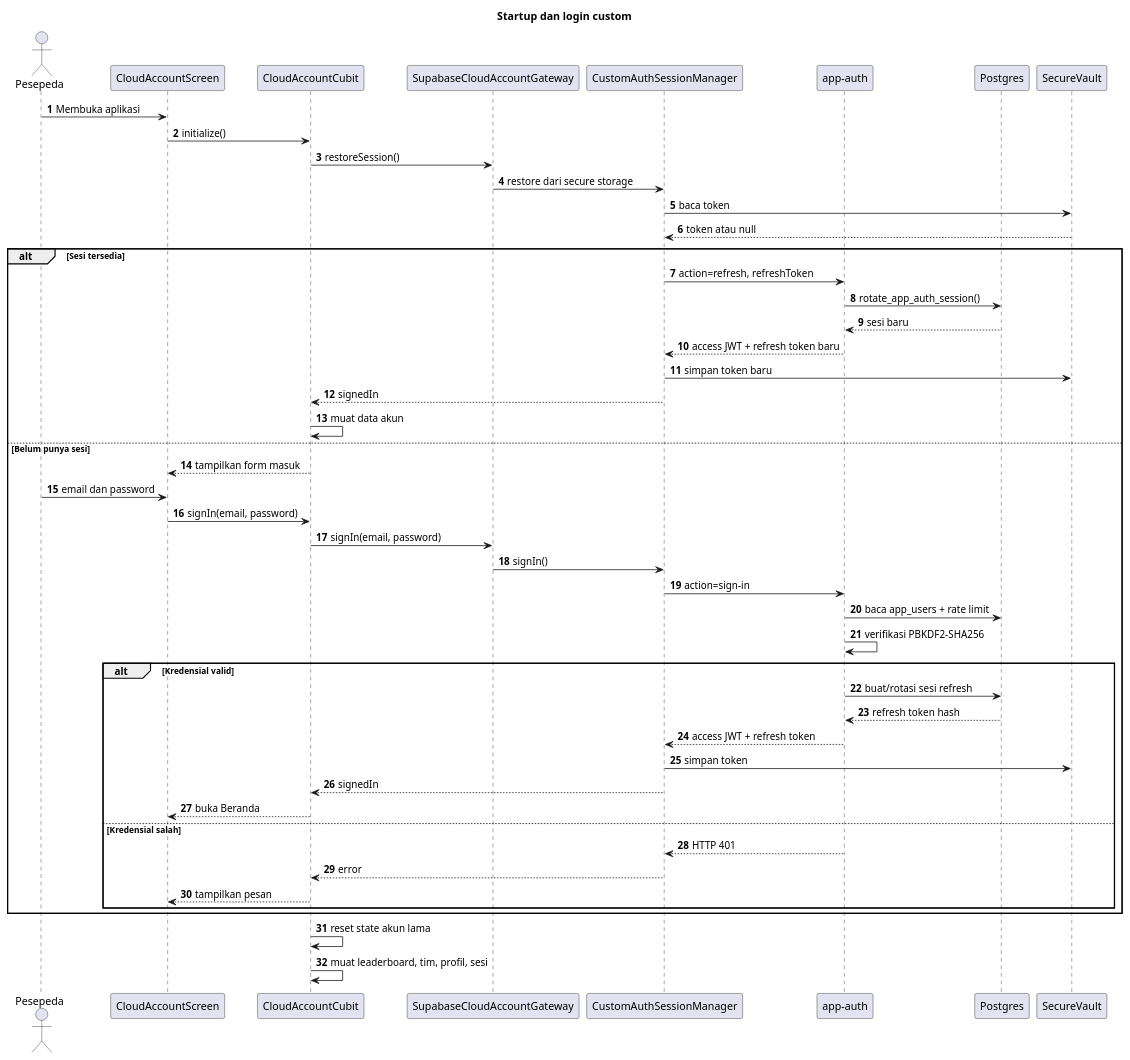
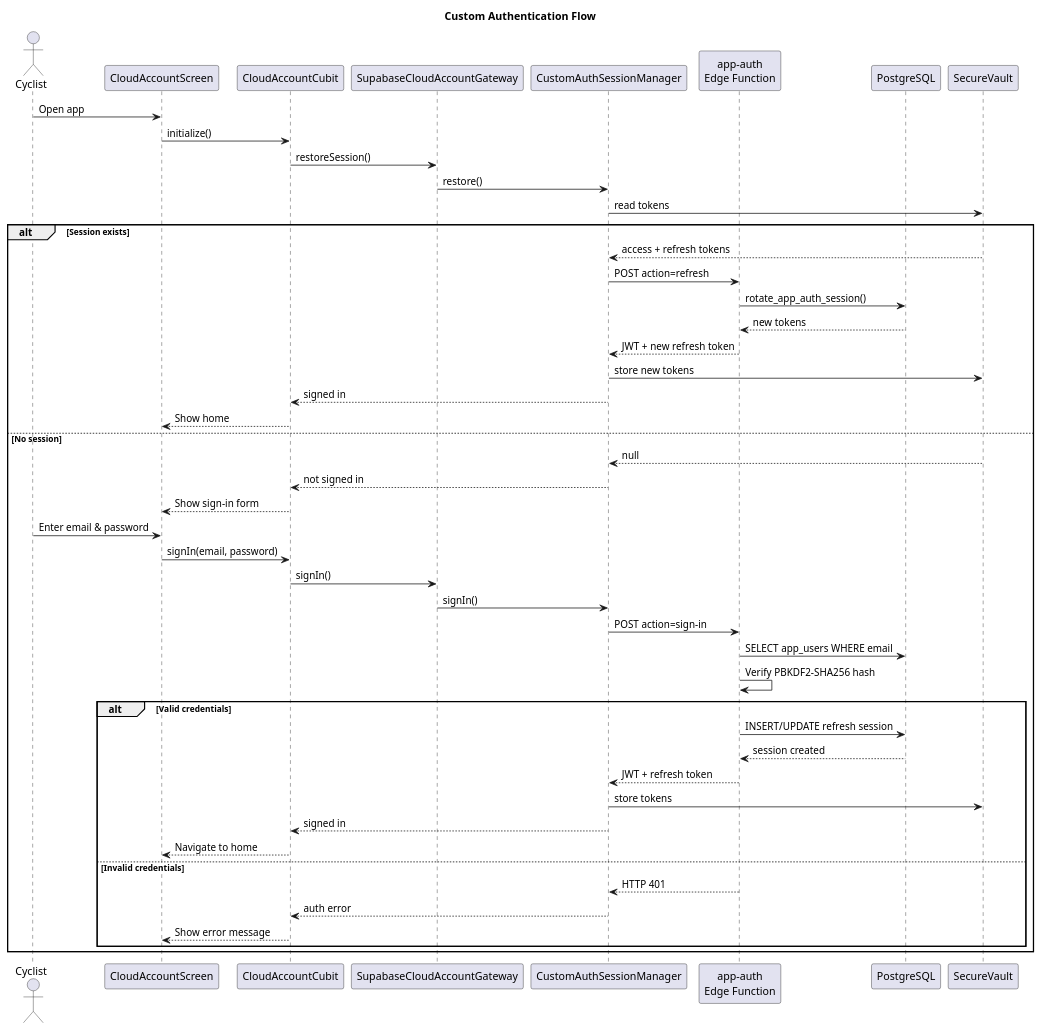
Before and after one commit to IvandryPage/senapath-app: the fourth of 8 diagrams in docs/UML.md, drawn with PlantUML. The commit also changed other lines of this file and 119 other files, not shown here.

````diff
--- a/docs/UML.md
+++ b/docs/UML.md
@@ -531,56 +501,57 @@
 ```plantuml
 @startuml
-title Startup dan login custom
-autonumber
+title Custom Authentication Flow
 
-actor "Pesepeda" as User
+actor Cyclist
 participant "CloudAccountScreen" as UI
 participant "CloudAccountCubit" as Cubit
 participant "SupabaseCloudAccountGateway" as Gateway
 participant "CustomAuthSessionManager" as Session
-participant "app-auth" as Fn
-participant "Postgres" as DB
+participant "app-auth\nEdge Function" as Auth
+participant "PostgreSQL" as DB
 participant "SecureVault" as Vault
 
-User -> UI : Membuka aplikasi
-UI -> Cubit : initialize()
-Cubit -> Gateway : restoreSession()
-Gateway -> Session : restore dari secure storage
-Session -> Vault : baca token
-Vault --> Session : token atau null
+Cyclist -> UI: Open app
+UI -> Cubit: initialize()
+Cubit -> Gateway: restoreSession()
+Gateway -> Session: restore()
+Session -> Vault: read tokens
 
-alt Sesi tersedia
-  Session -> Fn : action=refresh, refreshToken
-  Fn -> DB : rotate_app_auth_session()
-  DB --> Fn : sesi baru
-  Fn --> Session : access JWT + refresh token baru
-  Session -> Vault : simpan token baru
-  Session --> Cubit : signedIn
-  Cubit -> Cubit : muat data akun
-else Belum punya sesi
-  Cubit --> UI : tampilkan form masuk
-  User -> UI : email dan password
-  UI -> Cubit : signIn(email, password)
-  Cubit -> Gateway : signIn(email, password)
-  Gateway -> Session : signIn()
-  Session -> Fn : action=sign-in
-  Fn -> DB : baca app_users + rate limit
-  Fn -> Fn : verifikasi PBKDF2-SHA256
-  alt Kredensial valid
-    Fn -> DB : buat/rotasi sesi refresh
-    DB --> Fn : refresh token hash
-    Fn --> Session : access JWT + refresh token
-    Session -> Vault : simpan token
-    Session --> Cubit : signedIn
-    Cubit --> UI : buka Beranda
-  else Kredensial salah
-    Fn --> Session : HTTP 401
-    Session --> Cubit : error
-    Cubit --> UI : tampilkan pesan
+alt Session exists
+  Vault --> Session: access + refresh tokens
+  Session -> Auth: POST action=refresh
+  Auth -> DB: rotate_app_auth_session()
+  DB --> Auth: new tokens
+  Auth --> Session: JWT + new refresh token
+  Session -> Vault: store new tokens
+  Session --> Cubit: signed in
+  Cubit --> UI: Show home
+else No session
+  Vault --> Session: null
+  Session --> Cubit: not signed in
+  Cubit --> UI: Show sign-in form
+  
+  Cyclist -> UI: Enter email & password
+  UI -> Cubit: signIn(email, password)
+  Cubit -> Gateway: signIn()
+  Gateway -> Session: signIn()
+  Session -> Auth: POST action=sign-in
+  Auth -> DB: SELECT app_users WHERE email
+  Auth -> Auth: Verify PBKDF2-SHA256 hash
+  
+  alt Valid credentials
+    Auth -> DB: INSERT/UPDATE refresh session
+    DB --> Auth: session created
+    Auth --> Session: JWT + refresh token
+    Session -> Vault: store tokens
+    Session --> Cubit: signed in
+    Cubit --> UI: Navigate to home
+  else Invalid credentials
+    Auth --> Session: HTTP 401
+    Session --> Cubit: auth error
+    Cubit --> UI: Show error message
   end
 end
 
-Cubit -> Cubit : reset state akun lama
-Cubit -> Cubit : muat leaderboard, tim, profil, sesi
 @enduml
 ```
````
